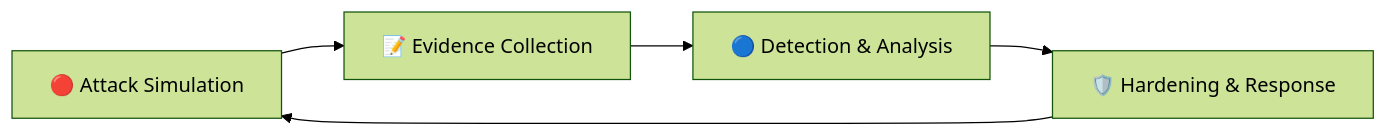
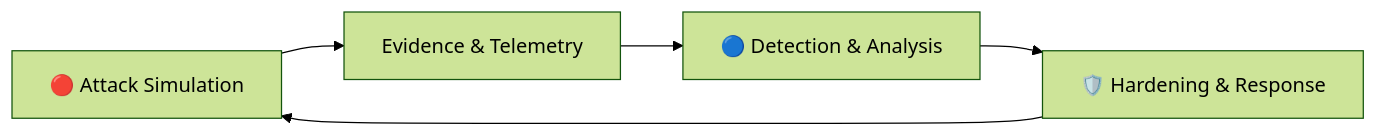
One commit to Karunpoojari7/Karunpoojari7 changed the diagram in README.md. Above: the diagram before and after it, drawn with Mermaid (forest theme). The commit also changed other lines of this file, not shown here.

````diff
--- a/README.md
+++ b/README.md
@@ -233,7 +233,7 @@
 ```mermaid
 flowchart LR
-    A["🔴 Attack Simulation"] --> B["📝 Evidence Collection"]
+    A["🔴 Attack Simulation"] --> B["Evidence & Telemetry"]
     B --> C["🔵 Detection & Analysis"]
     C --> D["🛡️ Hardening & Response"]
     D --> A
 ```
````
